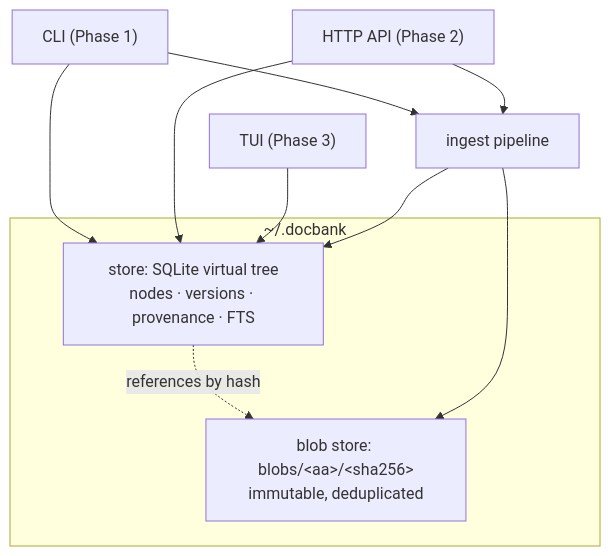
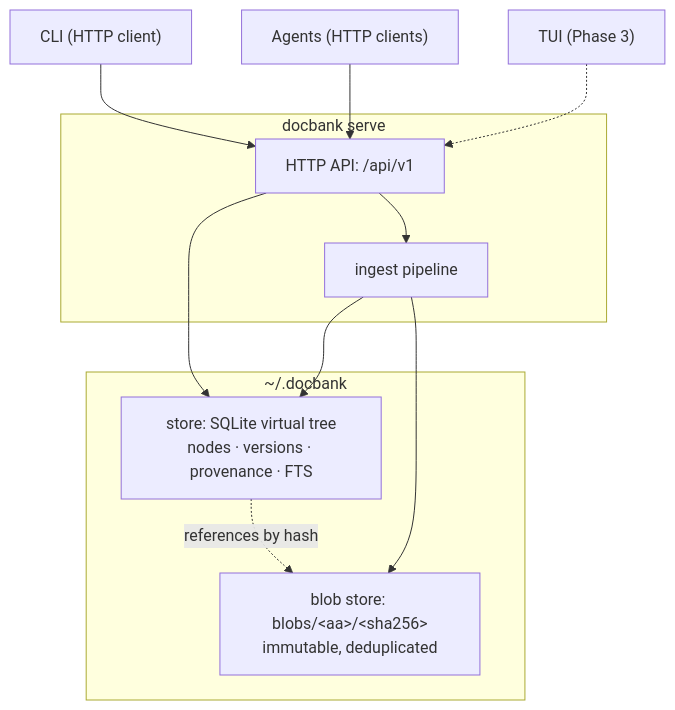
One commit to kenn-io/docbank changed the diagram in docs/architecture/overview.md. Above: the diagram before and after it, drawn with Mermaid. The commit also changed other lines of this file and 7 other files, not shown here.

````diff
--- a/docs/architecture/overview.md
+++ b/docs/architecture/overview.md
@@ -14,15 +15,22 @@
 ```mermaid
 flowchart TD
-    CLI["CLI (Phase 1)"] --> STORE
-    API["HTTP API (Phase 2)"] --> STORE
-    TUI["TUI (Phase 3)"] --> STORE
+    CLI["CLI (HTTP client)"]
+    AGENTS["Agents (HTTP clients)"]
+    TUI["TUI (Phase 3)"]
+    subgraph daemon ["docbank serve"]
+        API["HTTP API: /api/v1"]
+        INGEST["ingest pipeline"]
+    end
     subgraph vault ["~/.docbank"]
         STORE["store: SQLite virtual tree<br/>nodes · versions · provenance · FTS"]
         BLOBS["blob store: blobs/&lt;aa&gt;/&lt;sha256&gt;<br/>immutable, deduplicated"]
     end
+    CLI --> API
+    AGENTS --> API
+    TUI -.-> API
+    API --> STORE
+    API --> INGEST
+    INGEST --> STORE
+    INGEST --> BLOBS
     STORE -. "references by hash" .-> BLOBS
-    INGEST["ingest pipeline"] --> STORE
-    INGEST --> BLOBS
-    CLI --> INGEST
-    API --> INGEST
 ```
````
